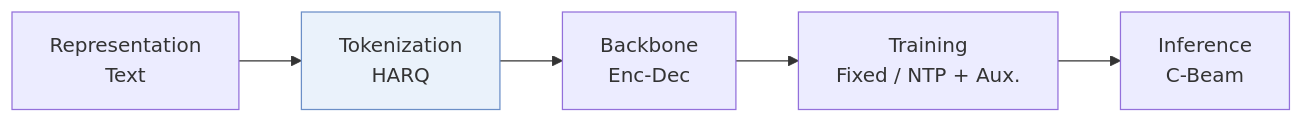
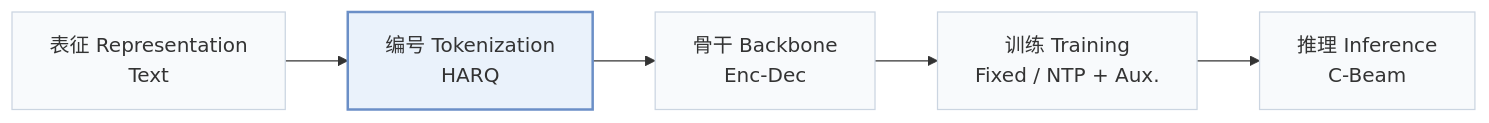
The first of 2 diagrams in pages/zh/papers/varlenrec-tiger.md (Galaxy-ghost/Awesome-SID-Generative-Rec), drawn with Mermaid before and after one commit. The commit also changed other lines of this file and 649 other files, not shown here.

Commit message:
writer-05: also tags and modality index (schema, check, build, visuals); summary field removed; calibration data for 12 papers

````diff
--- a/pages/zh/papers/varlenrec-tiger.md
+++ b/pages/zh/papers/varlenrec-tiger.md
@@ -13,6 +15,8 @@
 ```mermaid
 flowchart LR
-    R["Representation<br/>Text"] --> T["Tokenization<br/>HARQ"] --> B["Backbone<br/>Enc-Dec"] --> TR["Training<br/>Fixed / NTP + Aux."] --> I["Inference<br/>C-Beam"]
-    classDef main fill:#eaf2fb,stroke:#6b8fc7
+    R["表征 Representation<br/>Text"] --> T["编号 Tokenization<br/>HARQ"] --> B["骨干 Backbone<br/>Enc-Dec"] --> TR["训练 Training<br/>Fixed / NTP + Aux."] --> I["推理 Inference<br/>C-Beam"]
+    classDef base fill:#f8fafc,stroke:#cbd5e1
+    class R,T,B,TR,I base
+    classDef main fill:#eaf2fb,stroke:#6b8fc7,stroke-width:2px
     class T main
 ```
````
